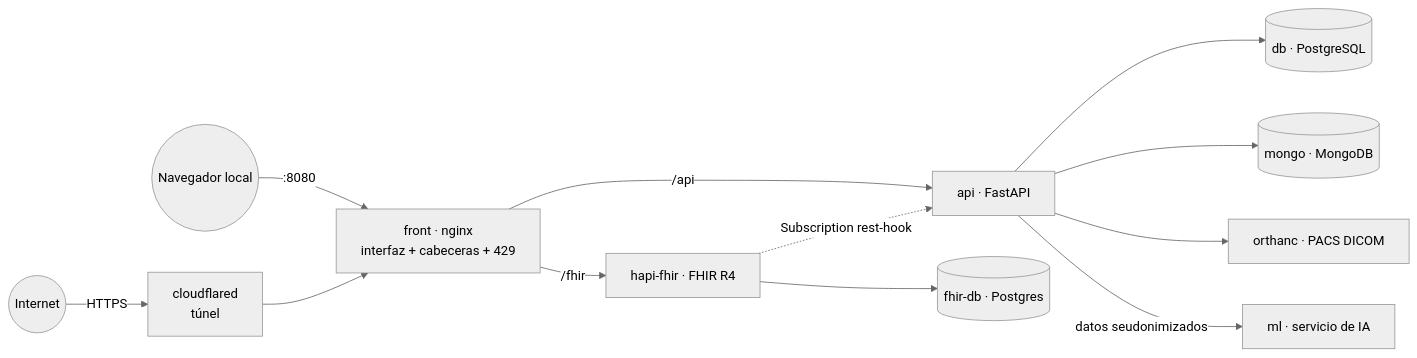
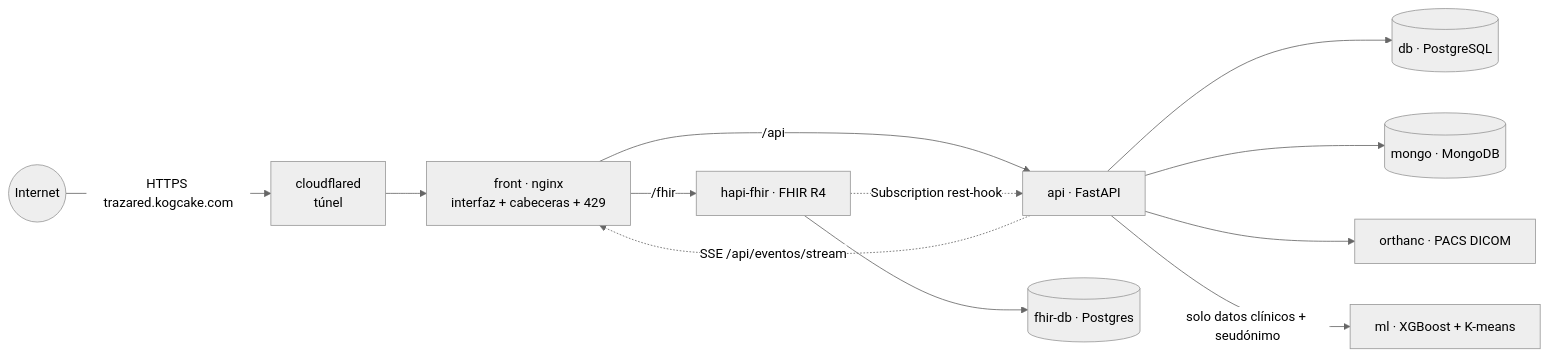
One commit to Laura25a/TrazaRedHUV changed the first of 2 diagrams in README.md. Above: the diagram before and after it, drawn with Mermaid (neutral theme). The commit also changed other lines of this file, not shown here.

````diff
--- a/README.md
+++ b/README.md
@@ -30,14 +135,14 @@
 ```mermaid
 flowchart LR
-    internet((Internet)) -->|HTTPS| cf[cloudflared<br/>túnel]
-    nav((Navegador local)) -->|:8080| front
+    internet((Internet)) -->|HTTPS trazared.kogcake.com| cf[cloudflared<br/>túnel]
     cf --> front[front · nginx<br/>interfaz + cabeceras + 429]
     front -->|/api| api[api · FastAPI]
     front -->|/fhir| hapi[hapi-fhir · FHIR R4]
     hapi --> fhirdb[(fhir-db · Postgres)]
     api --> db[(db · PostgreSQL)]
     api --> mongo[(mongo · MongoDB)]
     api --> orthanc[orthanc · PACS DICOM]
-    api -->|datos seudonimizados| ml[ml · servicio de IA]
+    api -->|solo datos clínicos + seudónimo| ml[ml · XGBoost + K-means]
     hapi -.->|Subscription rest-hook| api
+    api -.->|SSE /api/eventos/stream| front
 ```
````
